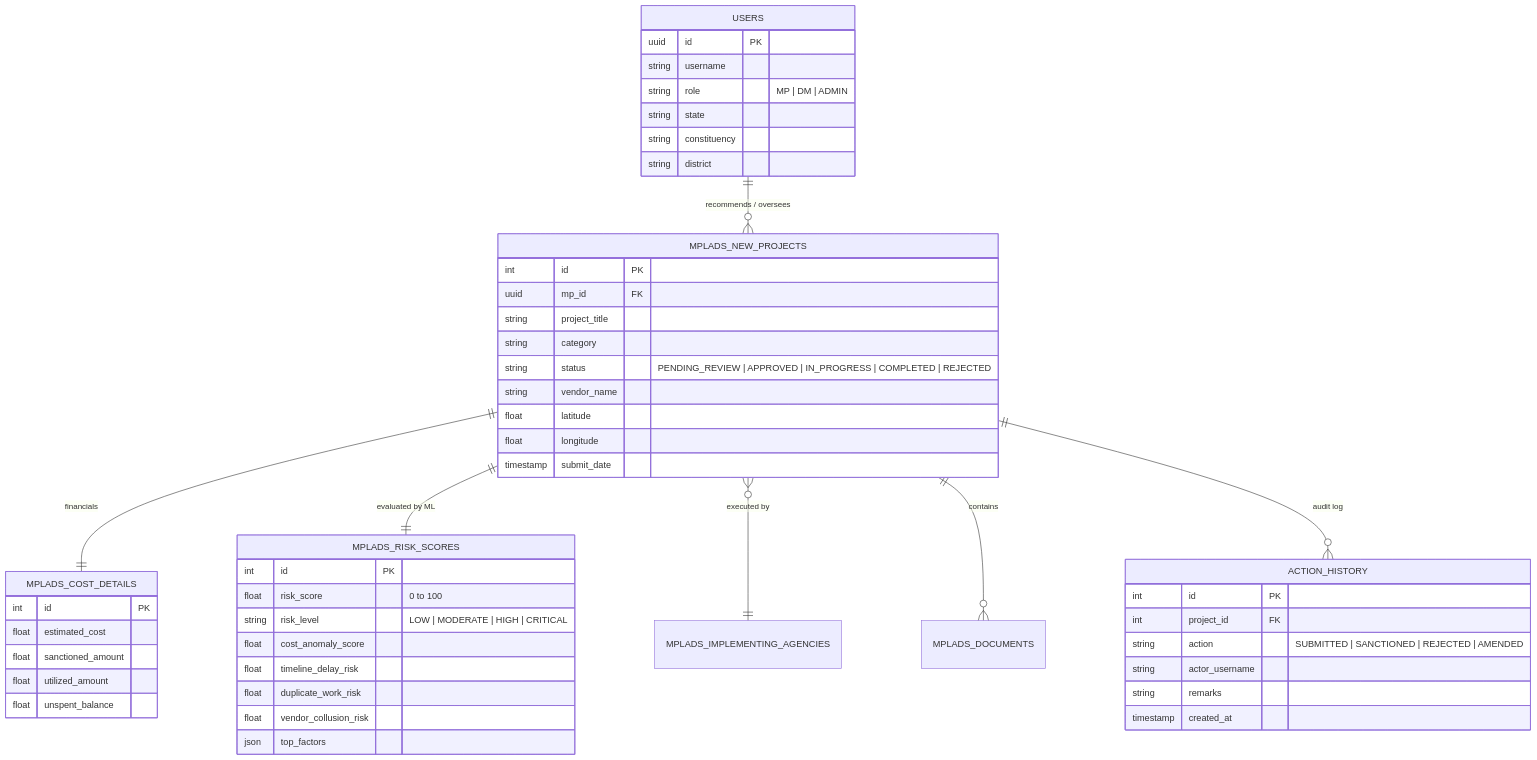
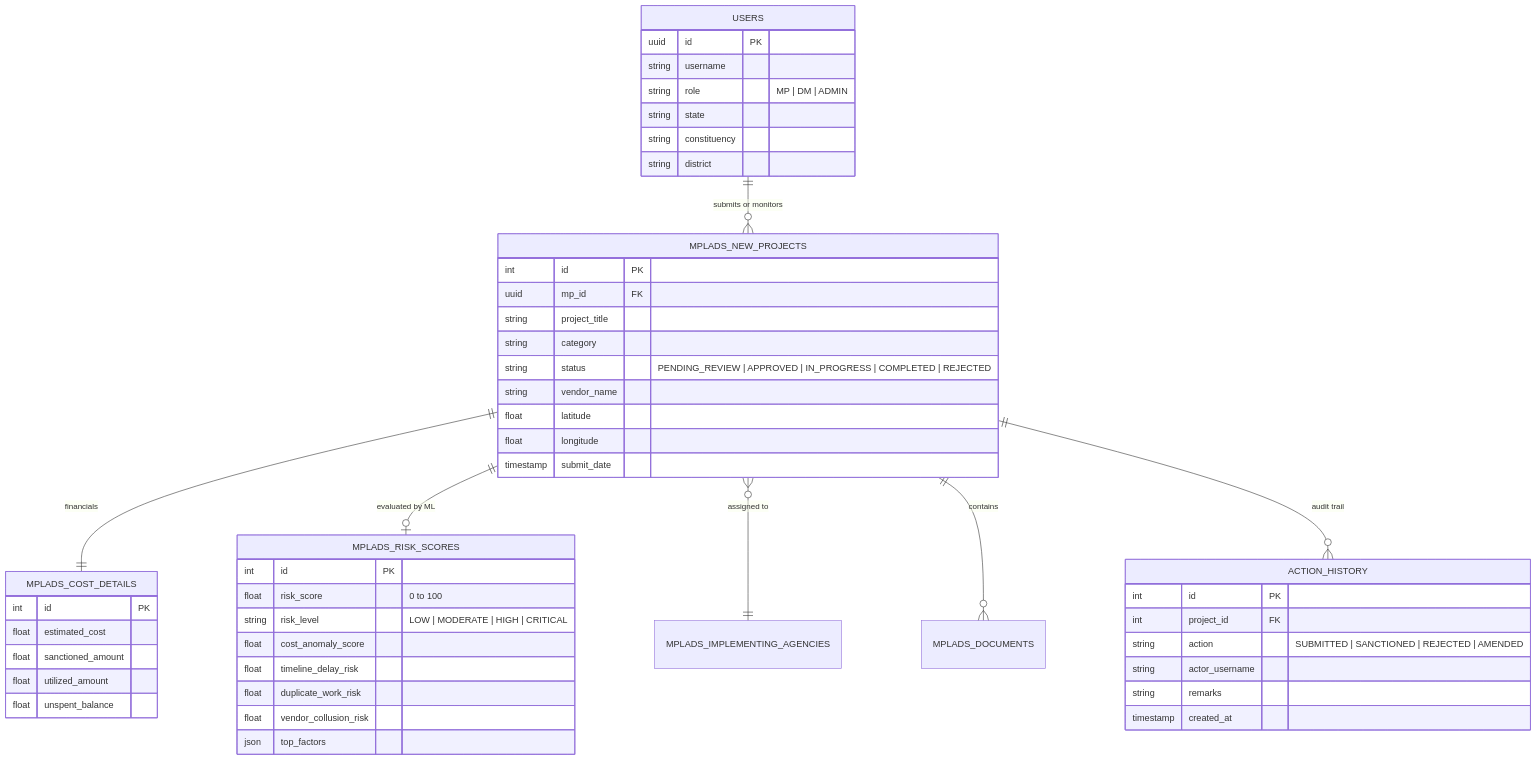
One commit to EvilLucifer00/MPLAD-Risk-Monitor changed the seventh of 7 diagrams in README.md. Above: the diagram before and after it, drawn with Mermaid. The commit also changed other lines of this file, not shown here.

````diff
--- a/README.md
+++ b/README.md
@@ -420,58 +372,58 @@
 ```mermaid
 erDiagram
-    USERS ||--o{ MPLADS_NEW_PROJECTS : "recommends / oversees"
+    USERS ||--o{ MPLADS_NEW_PROJECTS : "submits or monitors"
     USERS {
         uuid id PK
         string username
         string role "MP | DM | ADMIN"
         string state
         string constituency
         string district
     }
 
     MPLADS_NEW_PROJECTS ||--|| MPLADS_COST_DETAILS : "financials"
-    MPLADS_NEW_PROJECTS ||--|| MPLADS_RISK_SCORES : "evaluated by ML"
-    MPLADS_NEW_PROJECTS }o--|| MPLADS_IMPLEMENTING_AGENCIES : "executed by"
+    MPLADS_NEW_PROJECTS ||--o| MPLADS_RISK_SCORES : "evaluated by ML"
+    MPLADS_NEW_PROJECTS }o--|| MPLADS_IMPLEMENTING_AGENCIES : "assigned to"
     MPLADS_NEW_PROJECTS ||--o{ MPLADS_DOCUMENTS : "contains"
-    MPLADS_NEW_PROJECTS ||--o{ ACTION_HISTORY : "audit log"
+    MPLADS_NEW_PROJECTS ||--o{ ACTION_HISTORY : "audit trail"
 
     MPLADS_NEW_PROJECTS {
         int id PK
         uuid mp_id FK
         string project_title
         string category
         string status "PENDING_REVIEW | APPROVED | IN_PROGRESS | COMPLETED | REJECTED"
         string vendor_name
         float latitude
         float longitude
         timestamp submit_date
     }
 
     MPLADS_RISK_SCORES {
         int id PK
         float risk_score "0 to 100"
         string risk_level "LOW | MODERATE | HIGH | CRITICAL"
         float cost_anomaly_score
         float timeline_delay_risk
         float duplicate_work_risk
         float vendor_collusion_risk
         json top_factors
     }
 
     MPLADS_COST_DETAILS {
         int id PK
         float estimated_cost
         float sanctioned_amount
         float utilized_amount
         float unspent_balance
     }
 
     ACTION_HISTORY {
         int id PK
         int project_id FK
         string action "SUBMITTED | SANCTIONED | REJECTED | AMENDED"
         string actor_username
         string remarks
         timestamp created_at
     }
 ```
````
